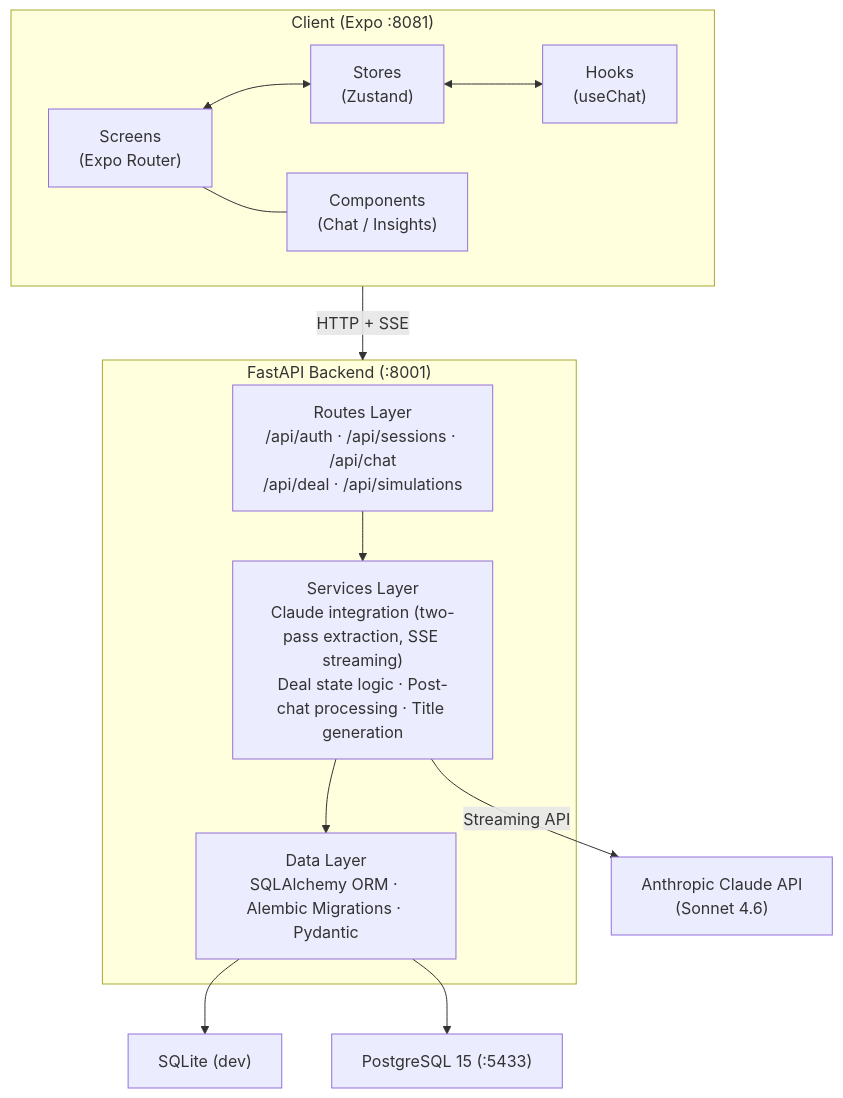
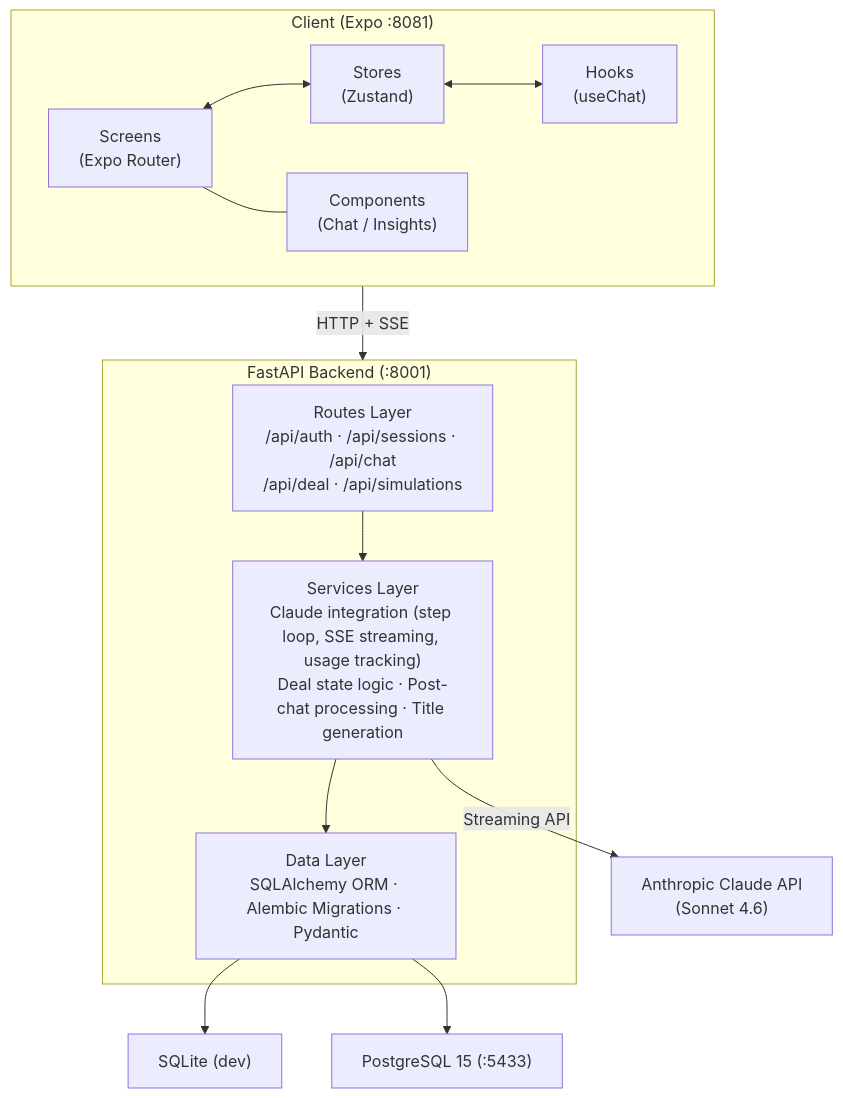
The first of 2 diagrams in docs/TRD.md (kramersmith/dealership-ai), drawn with Mermaid before and after one commit. The commit also changed other lines of this file and 26 other files, not shown here.

First line of the commit message:
feat(usage): add session-level Claude usage tracking with cost calculation

````diff
--- a/docs/TRD.md
+++ b/docs/TRD.md
@@ -70,24 +70,24 @@
 ```mermaid
 graph TB
     subgraph Client["Client (Expo :8081)"]
         Screens["Screens<br/>(Expo Router)"]
         Stores["Stores<br/>(Zustand)"]
         Hooks["Hooks<br/>(useChat)"]
         Components["Components<br/>(Chat / Insights)"]
         Screens <--> Stores <--> Hooks
         Screens --- Components
     end
 
     Client -->|"HTTP + SSE"| Backend
 
     subgraph Backend["FastAPI Backend (:8001)"]
         Routes["Routes Layer<br/>/api/auth · /api/sessions · /api/chat<br/>/api/deal · /api/simulations"]
-        Services["Services Layer<br/>Claude integration (two-pass extraction, SSE streaming)<br/>Deal state logic · Post-chat processing · Title generation"]
+        Services["Services Layer<br/>Claude integration (step loop, SSE streaming, usage tracking)<br/>Deal state logic · Post-chat processing · Title generation"]
         Data["Data Layer<br/>SQLAlchemy ORM · Alembic Migrations · Pydantic"]
         Routes --> Services --> Data
     end
 
     Data --> SQLite["SQLite (dev)"]
     Data --> PostgreSQL["PostgreSQL 15 (:5433)"]
     Services -->|"Streaming API"| Claude["Anthropic Claude API<br/>(Sonnet 4.6)"]
 ```
````
